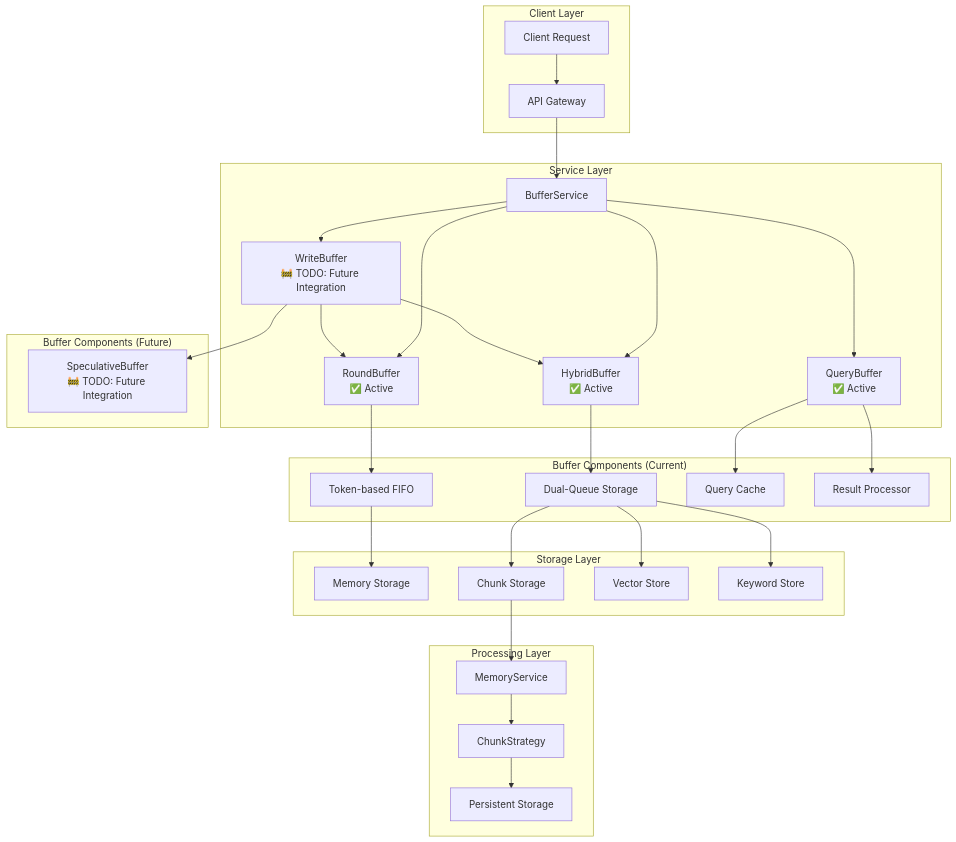
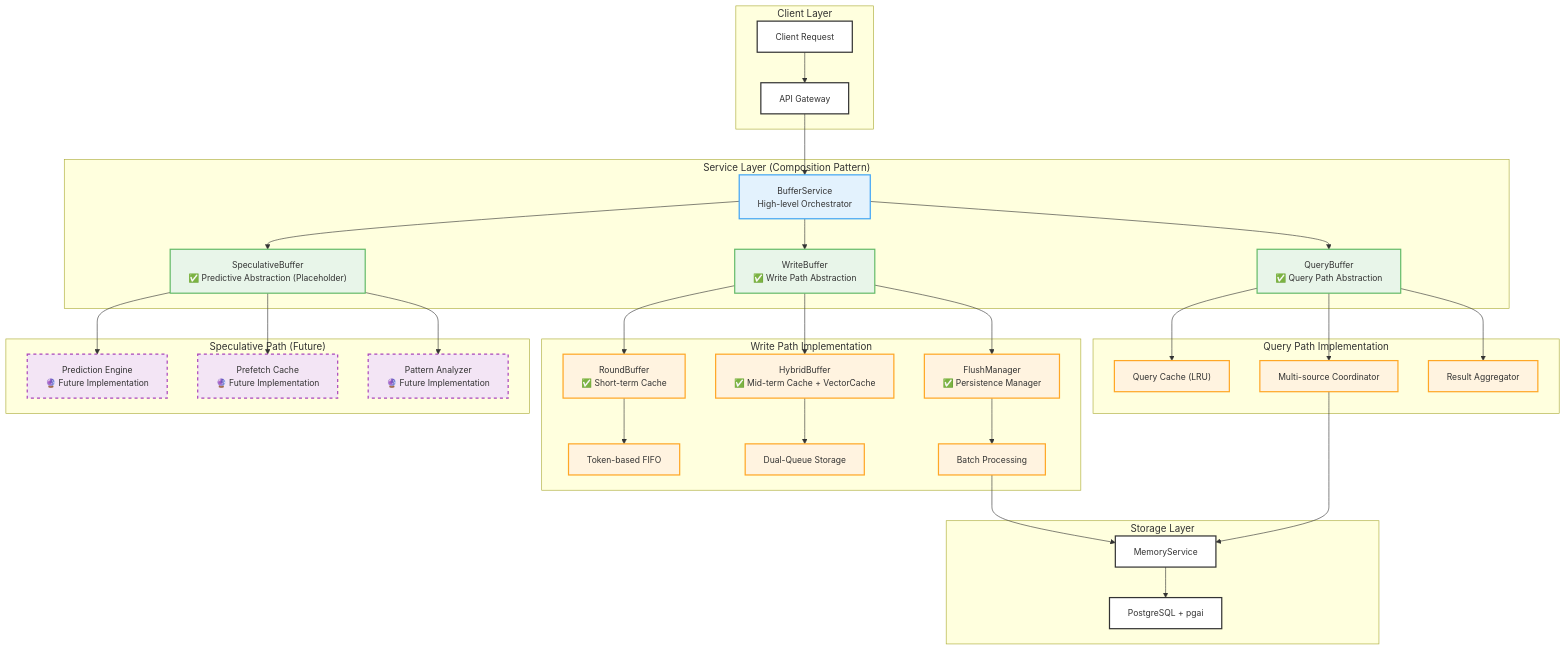
One commit to memfuse/memfuse changed the ninth of 25 diagrams in docs/architecture/buffer.md. Above: the diagram before and after it, drawn with Mermaid. The commit also changed other lines of this file and 13 other files, not shown here.

First line of the commit message:
refactor(buffer): implement comprehensive architecture refactoring with abstraction layers

````diff
--- a/docs/architecture/buffer.md
+++ b/docs/architecture/buffer.md
@@ -349,40 +384,52 @@
 ```mermaid
 graph TB
     subgraph "Client Layer"
         A[Client Request] --> B[API Gateway]
     end
 
-    subgraph "Service Layer"
-        B --> C[BufferService]
-        C --> D["WriteBuffer<br/>🚧 TODO: Future Integration"]
-        C --> E["QueryBuffer<br/>✅ Active"]
-        C --> F["RoundBuffer<br/>✅ Active"]
-        C --> G["HybridBuffer<br/>✅ Active"]
+    subgraph "Service Layer (Composition Pattern)"
+        B --> C[BufferService<br/>High-level Orchestrator]
+        C --> D["WriteBuffer<br/>✅ Write Path Abstraction"]
+        C --> E["QueryBuffer<br/>✅ Query Path Abstraction"]
+        C --> F["SpeculativeBuffer<br/>✅ Predictive Abstraction (Placeholder)"]
     end
 
-    subgraph "Buffer Components (Current)"
-        F --> H[Token-based FIFO]
-        G --> I[Dual-Queue Storage]
-        E --> J[Query Cache]
-        E --> K[Result Processor]
+    subgraph "Write Path Implementation"
+        D --> G["RoundBuffer<br/>✅ Short-term Cache"]
+        D --> H["HybridBuffer<br/>✅ Mid-term Cache + VectorCache"]
+        D --> I["FlushManager<br/>✅ Persistence Manager"]
+
+        G --> J[Token-based FIFO]
+        H --> K[Dual-Queue Storage]
+        I --> L[Batch Processing]
     end
 
-    subgraph "Buffer Components (Future)"
-        D --> L["SpeculativeBuffer<br/>🚧 TODO: Future Integration"]
-        D --> F
-        D --> G
+    subgraph "Query Path Implementation"
+        E --> M["Query Cache (LRU)"]
+        E --> N[Multi-source Coordinator]
+        E --> O[Result Aggregator]
+    end
+
+    subgraph "Speculative Path (Future)"
+        F --> P["Prediction Engine<br/>🔮 Future Implementation"]
+        F --> Q["Prefetch Cache<br/>🔮 Future Implementation"]
+        F --> R["Pattern Analyzer<br/>🔮 Future Implementation"]
     end
 
     subgraph "Storage Layer"
-        H --> M[Memory Storage]
-        I --> N[Chunk Storage]
-        I --> O[Vector Store]
-        I --> P[Keyword Store]
+        L --> S[MemoryService]
+        N --> S
+        S --> T[PostgreSQL + pgai]
     end
 
-    subgraph "Processing Layer"
-        N --> Q[MemoryService]
-        Q --> R[ChunkStrategy]
-        R --> S[Persistent Storage]
-    end
+    classDef default fill:#fff,stroke:#333,stroke-width:2px,font-size:14px,white-space:nowrap;
+    classDef service_node fill:#E3F2FD,stroke:#42A5F5;
+    classDef abstraction_node fill:#E8F5E9,stroke:#66BB6A;
+    classDef implementation_node fill:#FFF3E0,stroke:#FFA726;
+    classDef future_node fill:#F3E5F5,stroke:#AB47BC,stroke-dasharray: 5 5;
+
+    class C service_node;
+    class D,E,F abstraction_node;
+    class G,H,I,J,K,L,M,N,O implementation_node;
+    class P,Q,R future_node;
 ```
````
